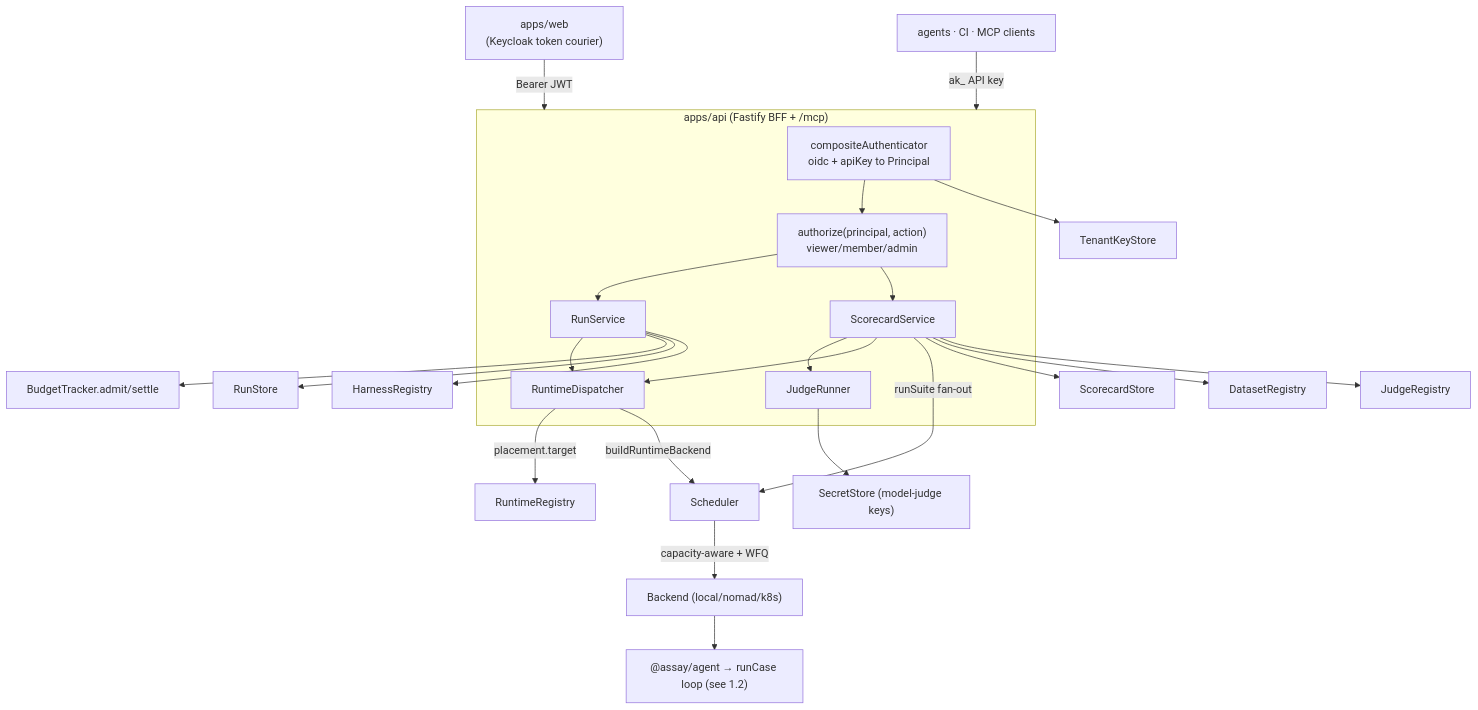
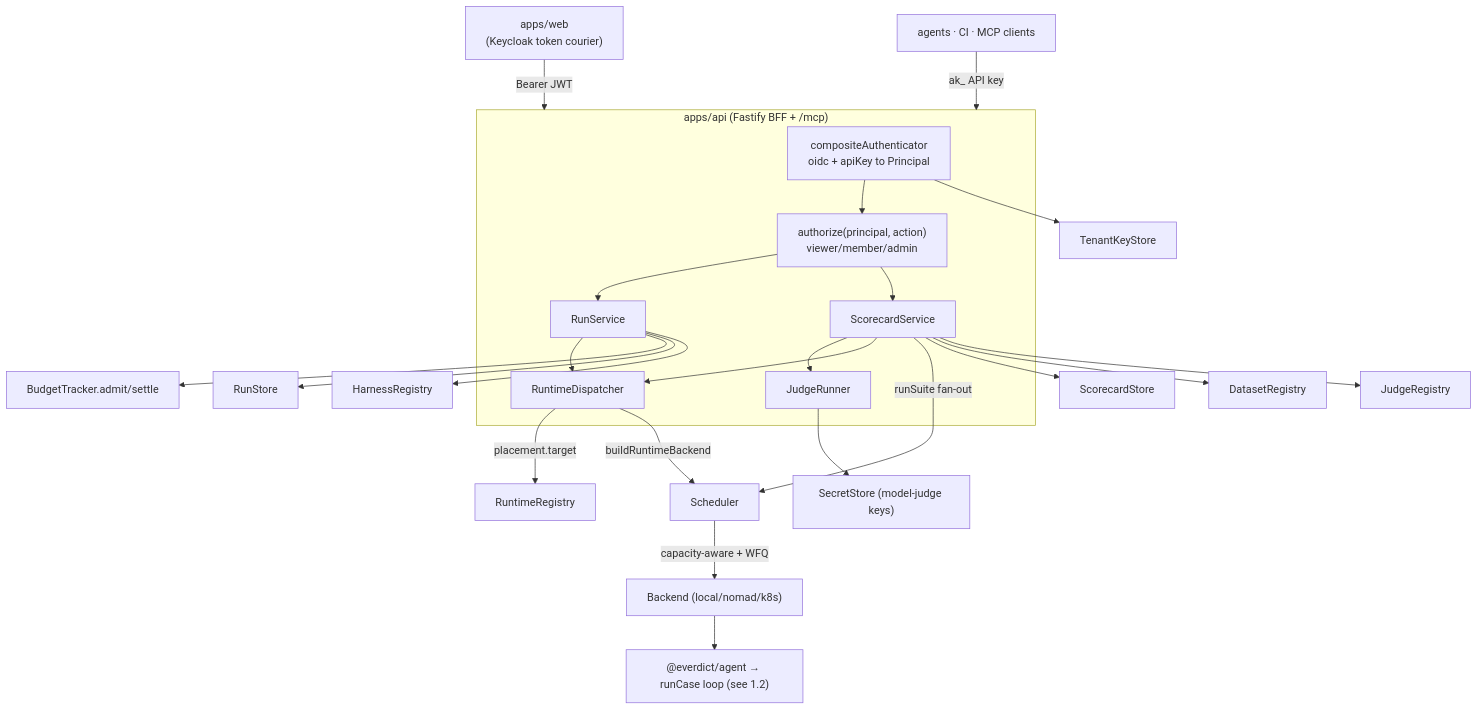
Before and after one commit to everdict/everdict: the third of 24 diagrams in docs/architecture/collaboration.md, drawn with Mermaid. The commit also changed other lines of this file and 627 other files, not shown here.

````diff
--- a/docs/architecture/collaboration.md
+++ b/docs/architecture/collaboration.md
@@ -172,36 +172,36 @@
 ```mermaid
 flowchart TD
   web["apps/web<br/>(Keycloak token courier)"] -->|Bearer JWT| api
   agentcli["agents · CI · MCP clients"] -->|ak_ API key| api
 
   subgraph api["apps/api (Fastify BFF + /mcp)"]
     authn["compositeAuthenticator<br/>oidc + apiKey to Principal"]
     authz["authorize(principal, action)<br/>viewer/member/admin"]
     runsvc["RunService"]
     scoresvc["ScorecardService"]
     rtd["RuntimeDispatcher"]
     jr["JudgeRunner"]
     authn --> authz
     authz --> runsvc
     authz --> scoresvc
     scoresvc --> jr
     runsvc --> rtd
     scoresvc --> rtd
   end
 
   rtd -->|placement.target| RuntimeReg["RuntimeRegistry"]
   rtd -->|buildRuntimeBackend| Scheduler
   Scheduler -->|capacity-aware + WFQ| Backend["Backend (local/nomad/k8s)"]
   scoresvc -->|runSuite fan-out| Scheduler
 
   runsvc --> budget["BudgetTracker.admit/settle"]
   runsvc --> RunStore
   scoresvc --> ScorecardStore
   runsvc --> HarnessReg["HarnessRegistry"]
   scoresvc --> DatasetReg["DatasetRegistry"]
   scoresvc --> JudgeReg["JudgeRegistry"]
   jr --> SecretStore["SecretStore (model-judge keys)"]
   authn --> TenantKeyStore
 
-  Backend --> agentjob["@assay/agent → runCase loop (see 1.2)"]
+  Backend --> agentjob["@everdict/agent → runCase loop (see 1.2)"]
 ```
````
